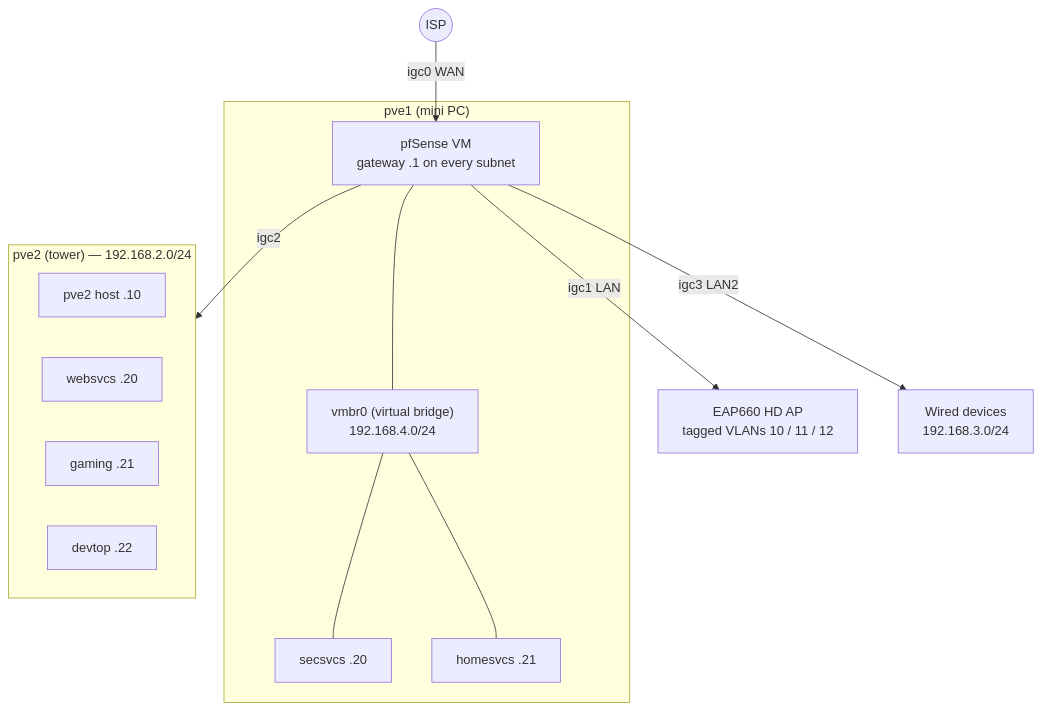
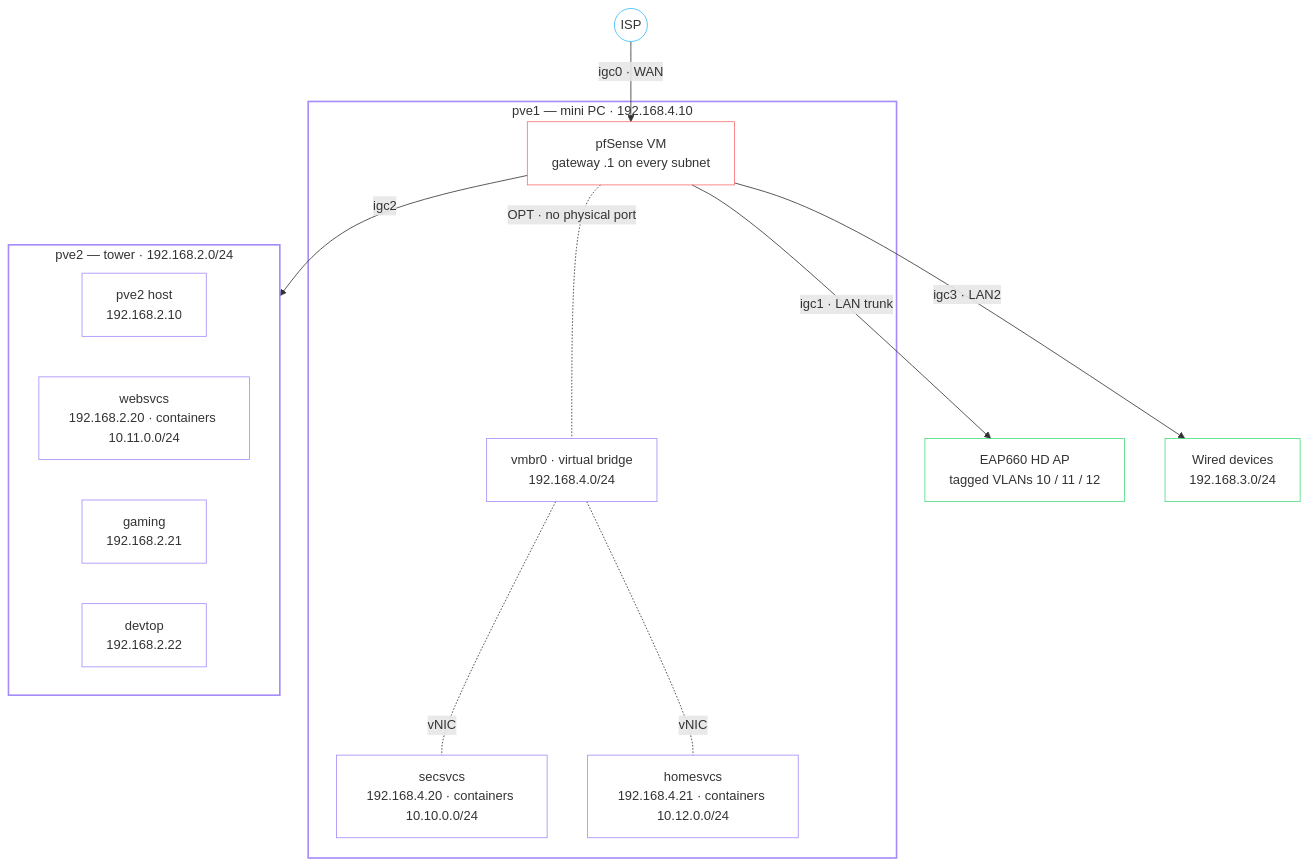
The first of 2 diagrams in docs/networking.md (babraham123/homelab), drawn with Mermaid before and after one commit. The commit also changed other lines of this file and 4 other files, not shown here.

Commit message:
improve diagrams in docs/

````diff
--- a/docs/networking.md
+++ b/docs/networking.md
@@ -25,25 +25,40 @@
 ```mermaid
 flowchart TB
     isp(("ISP"))
-    subgraph pve1host["pve1 (mini PC)"]
+
+    subgraph pve1host["pve1 — mini PC · 192.168.4.10"]
         pfsense["pfSense VM<br/>gateway .1 on every subnet"]
-        vmbr0["vmbr0 (virtual bridge)<br/>192.168.4.0/24"]
-        secsvcs["secsvcs .20"]
-        homesvcs["homesvcs .21"]
+        vmbr0["vmbr0 · virtual bridge<br/>192.168.4.0/24"]
+        secsvcs["secsvcs<br/>192.168.4.20 · containers 10.10.0.0/24"]
+        homesvcs["homesvcs<br/>192.168.4.21 · containers 10.12.0.0/24"]
     end
+
+    subgraph pve2host["pve2 — tower · 192.168.2.0/24"]
+        pve2["pve2 host<br/>192.168.2.10"]
+        websvcs["websvcs<br/>192.168.2.20 · containers 10.11.0.0/24"]
+        gaming["gaming<br/>192.168.2.21"]
+        devtop["devtop<br/>192.168.2.22"]
+    end
+
     ap["EAP660 HD AP<br/>tagged VLANs 10 / 11 / 12"]
     wired["Wired devices<br/>192.168.3.0/24"]
-    subgraph pve2host["pve2 (tower) — 192.168.2.0/24"]
-        pve2["pve2 host .10"]
-        websvcs["websvcs .20"]
-        gaming["gaming .21"]
-        devtop["devtop .22"]
-    end
-    isp -->|igc0 WAN| pfsense
-    pfsense -->|igc1 LAN| ap
-    pfsense -->|igc2| pve2host
-    pfsense -->|igc3 LAN2| wired
-    pfsense --- vmbr0
-    vmbr0 --- secsvcs
-    vmbr0 --- homesvcs
+
+    isp -- "igc0 · WAN" --> pfsense
+    pfsense -- "igc1 · LAN trunk" --> ap
+    pfsense -- "igc2" --> pve2host
+    pfsense -- "igc3 · LAN2" --> wired
+    pfsense -. "OPT · no physical port" .- vmbr0
+    vmbr0 -. "vNIC" .- secsvcs
+    vmbr0 -. "vNIC" .- homesvcs
+
+    style pve1host stroke:#a78bfa,stroke-width:2px,fill:transparent
+    style pve2host stroke:#a78bfa,stroke-width:2px,fill:transparent
+    classDef ext stroke:#38bdf8,fill:transparent
+    classDef gate stroke:#f87171,fill:transparent
+    classDef host stroke:#a78bfa,fill:transparent
+    classDef dev stroke:#4ade80,fill:transparent
+    class isp ext
+    class pfsense gate
+    class vmbr0,secsvcs,homesvcs,pve2,websvcs,gaming,devtop host
+    class ap,wired dev
 ```
````
